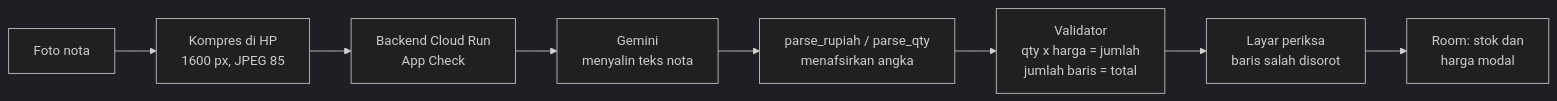
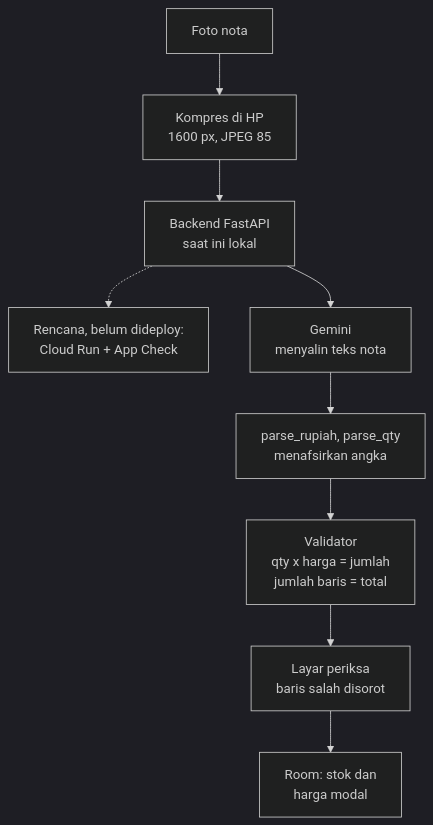
The diagram in README.md (Moanaku/nota-kulakan), drawn with Mermaid (dark theme) before and after one commit. The commit also changed other lines of this file, not shown here.

Commit message:
README: rapikan placeholder, diagram, dan status backend

````diff
--- a/README.md
+++ b/README.md
@@ -19,10 +19,11 @@
 ```mermaid
-flowchart LR
+flowchart TD
   A[Foto nota] --> B[Kompres di HP<br/>1600 px, JPEG 85]
-  B --> C[Backend Cloud Run<br/>App Check]
+  B --> C[Backend FastAPI<br/>saat ini lokal]
+  C -.-> R[Rencana, belum dideploy:<br/>Cloud Run + App Check]
   C --> D[Gemini<br/>menyalin teks nota]
-  D --> E[parse_rupiah / parse_qty<br/>menafsirkan angka]
+  D --> E[parse_rupiah, parse_qty<br/>menafsirkan angka]
   E --> F[Validator<br/>qty x harga = jumlah<br/>jumlah baris = total]
   F --> G[Layar periksa<br/>baris salah disorot]
   G --> H[Room: stok dan<br/>harga modal]
 ```
````
